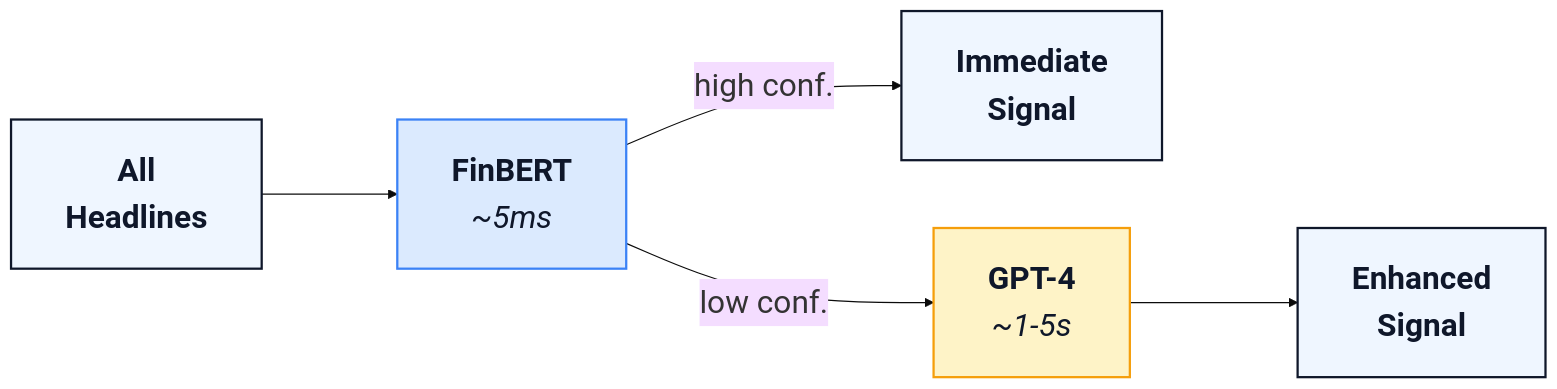
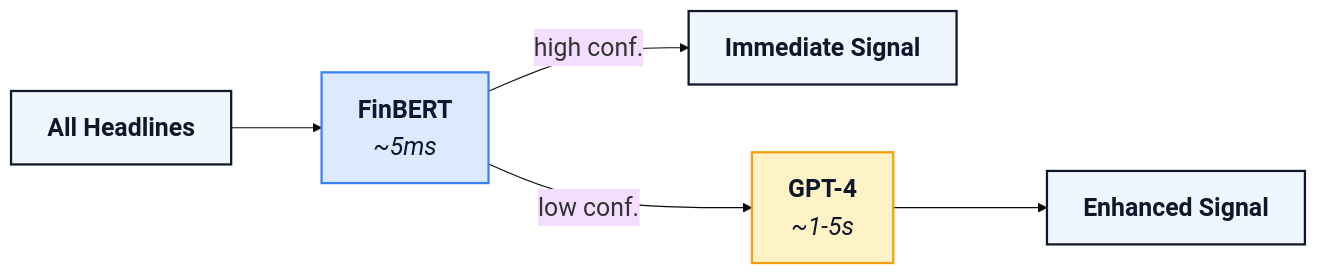
Before and after one commit to kerryback/mgmt675: the second of 3 diagrams in slides/m11-sentiment.qmd, drawn with Mermaid. The commit also changed other lines of this file and 18 other files, not shown here.

````diff
--- a/slides/m11-sentiment.qmd
+++ b/slides/m11-sentiment.qmd
@@ -216,15 +214,15 @@
 ```{mermaid}
 %%| fig-width: 16
-%%{init: {'theme': 'base', 'themeVariables': {'fontSize': '28px'}, 'flowchart': {'nodeSpacing': 60, 'rankSpacing': 120, 'padding': 24, 'useMaxWidth': true}}}%%
+%%{init: {'theme': 'base', 'themeVariables': {'fontSize': '22px'}, 'flowchart': {'nodeSpacing': 60, 'rankSpacing': 80, 'padding': 16, 'useMaxWidth': true}}}%%
 flowchart LR
-  A["<b>All<br>Headlines</b>"] --> B["<b>FinBERT</b><br><i>~5ms</i>"]
-  B -->|"high conf."| C["<b>Immediate<br>Signal</b>"]
+  A["<b>All Headlines</b>"] --> B["<b>FinBERT</b><br><i>~5ms</i>"]
+  B -->|"high conf."| C["<b>Immediate Signal</b>"]
   B -->|"low conf."| D["<b>GPT-4</b><br><i>~1-5s</i>"]
-  D --> E["<b>Enhanced<br>Signal</b>"]
+  D --> E["<b>Enhanced Signal</b>"]
 
-  style A fill:#eff6ff,stroke:#0f172a,stroke-width:2px,color:#0f172a,font-size:28px,padding:20px
-  style B fill:#dbeafe,stroke:#3b82f6,stroke-width:2px,color:#0f172a,font-size:28px,padding:20px
-  style C fill:#eff6ff,stroke:#0f172a,stroke-width:2px,color:#0f172a,font-size:28px,padding:20px
-  style D fill:#fef3c7,stroke:#f59e0b,stroke-width:2px,color:#0f172a,font-size:28px,padding:20px
-  style E fill:#eff6ff,stroke:#0f172a,stroke-width:2px,color:#0f172a,font-size:28px,padding:20px
+  style A fill:#eff6ff,stroke:#0f172a,stroke-width:2px,color:#0f172a,font-size:22px,padding:14px
+  style B fill:#dbeafe,stroke:#3b82f6,stroke-width:2px,color:#0f172a,font-size:22px,padding:14px
+  style C fill:#eff6ff,stroke:#0f172a,stroke-width:2px,color:#0f172a,font-size:22px,padding:14px
+  style D fill:#fef3c7,stroke:#f59e0b,stroke-width:2px,color:#0f172a,font-size:22px,padding:14px
+  style E fill:#eff6ff,stroke:#0f172a,stroke-width:2px,color:#0f172a,font-size:22px,padding:14px
 ```
````
